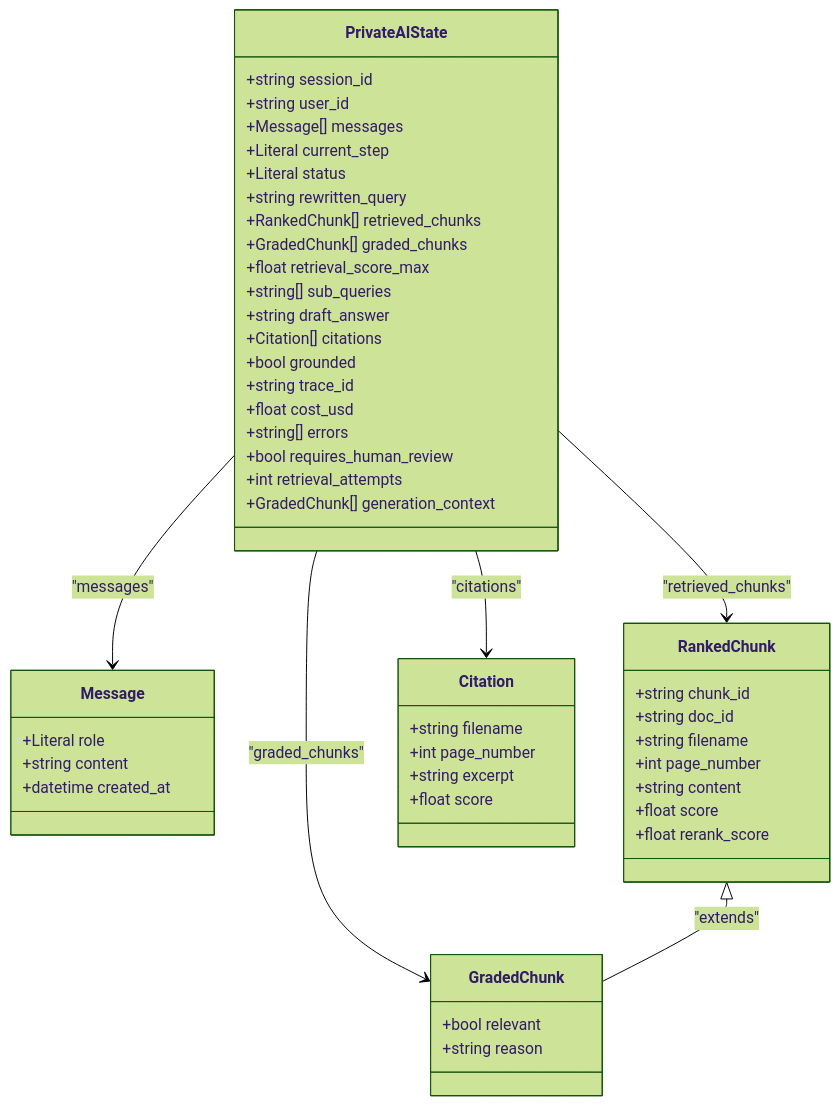
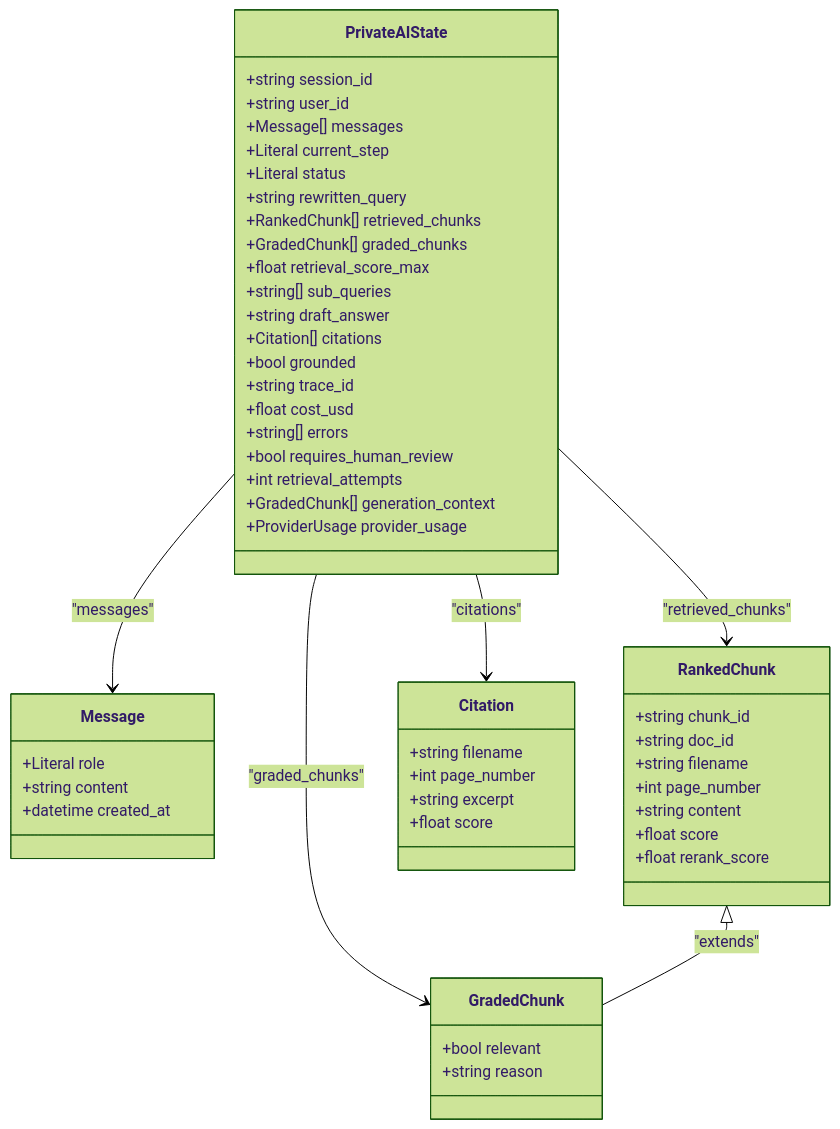
Before and after one commit to genes8/private-ai: the fourth of 15 diagrams in .qoder/repowiki/en/content/AI Agent Pipeline/LangGraph State Machine.md, drawn with Mermaid (forest theme). The commit also changed other lines of this file and 101 other files, not shown here.

````diff
--- a/.qoder/repowiki/en/content/AI Agent Pipeline/LangGraph State Machine.md
+++ b/.qoder/repowiki/en/content/AI Agent Pipeline/LangGraph State Machine.md
@@ -201,53 +202,54 @@
 ```mermaid
 classDiagram
 class PrivateAIState {
 +string session_id
 +string user_id
 +Message[] messages
 +Literal current_step
 +Literal status
 +string rewritten_query
 +RankedChunk[] retrieved_chunks
 +GradedChunk[] graded_chunks
 +float retrieval_score_max
 +string[] sub_queries
 +string draft_answer
 +Citation[] citations
 +bool grounded
 +string trace_id
 +float cost_usd
 +string[] errors
 +bool requires_human_review
 +int retrieval_attempts
 +GradedChunk[] generation_context
++ProviderUsage provider_usage
 }
 class Message {
 +Literal role
 +string content
 +datetime created_at
 }
 class RankedChunk {
 +string chunk_id
 +string doc_id
 +string filename
 +int page_number
 +string content
 +float score
 +float rerank_score
 }
 class GradedChunk {
 +bool relevant
 +string reason
 }
 class Citation {
 +string filename
 +int page_number
 +string excerpt
 +float score
 }
 PrivateAIState --> Message : "messages"
 PrivateAIState --> RankedChunk : "retrieved_chunks"
 PrivateAIState --> GradedChunk : "graded_chunks"
 PrivateAIState --> Citation : "citations"
 RankedChunk <|-- GradedChunk : "extends"
 ```
````
